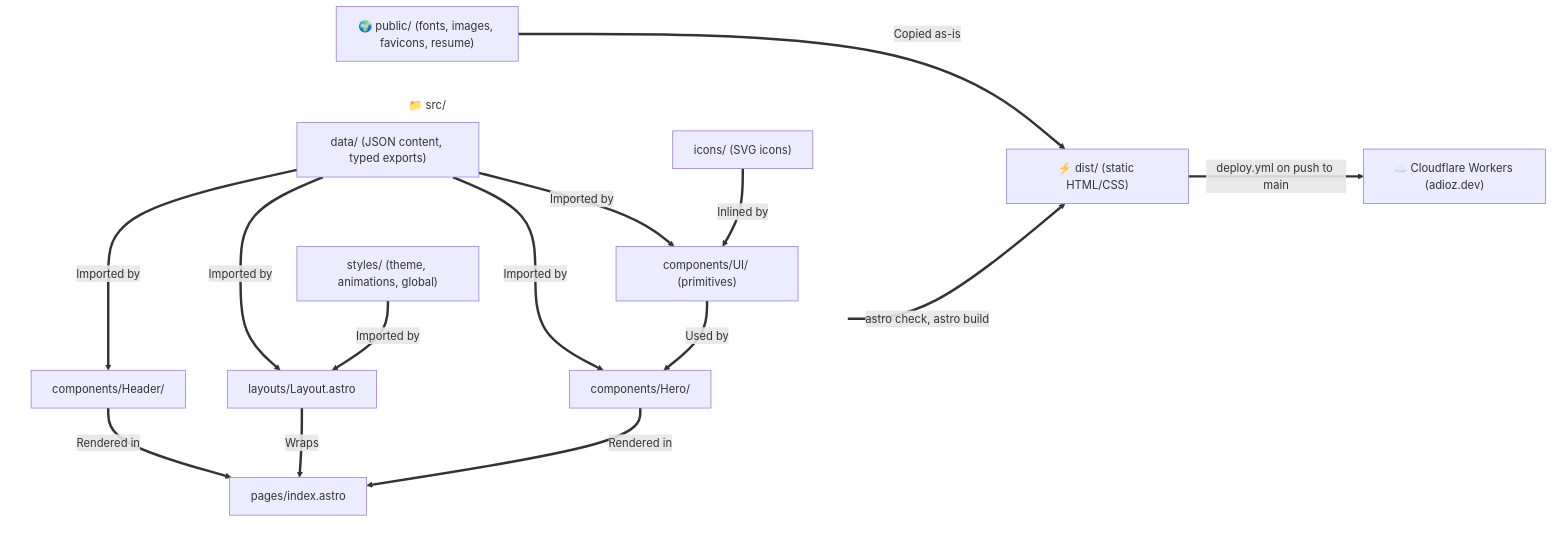
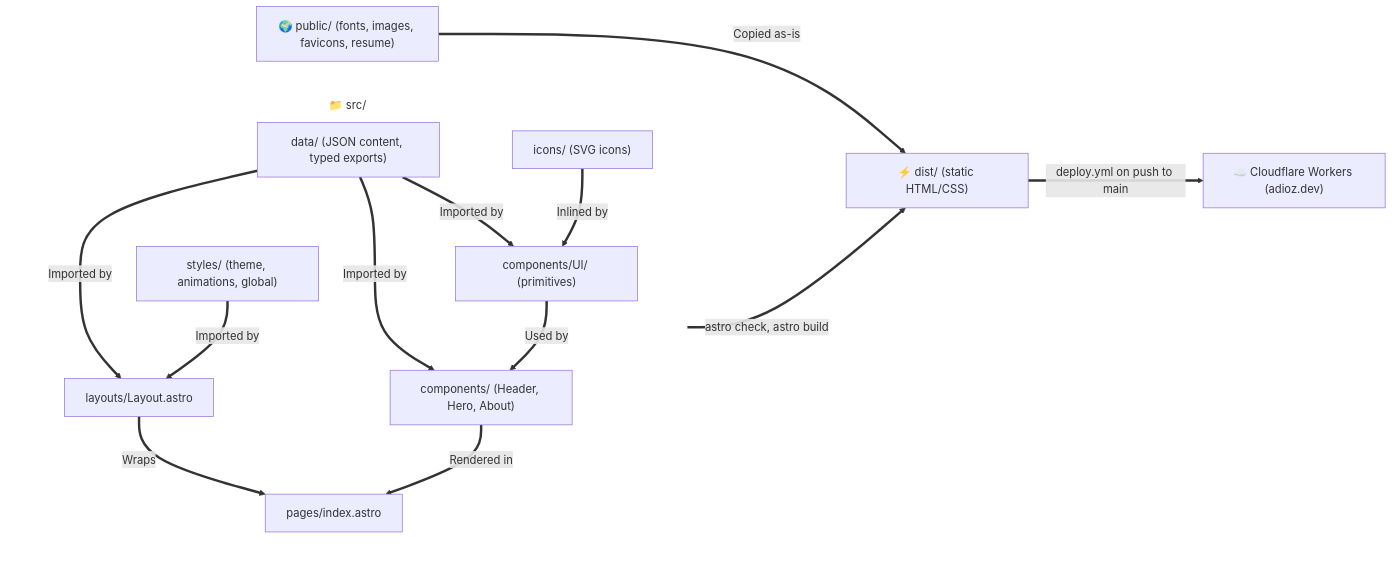
The diagram in docs/architecture.md (adiozeshitemi/adioz-profile), drawn with Mermaid before and after one commit. The commit also changed other lines of this file and 1 other file, not shown here.

First line of the commit message:
docs: document the about section and numbered sections

````diff
--- a/docs/architecture.md
+++ b/docs/architecture.md
@@ -9,34 +9,31 @@
 ```mermaid
 flowchart LR
     %% Define invisible styling for subgraphs to remove backgrounds and borders
     classDef transparent fill:none,stroke:none;
 
     subgraph Src ["📁 src/"]
         direction TB
         Data["data/ (JSON content, typed exports)"]
         Styles["styles/ (theme, animations, global)"]
         Icons["icons/ (SVG icons)"]
-        Header["components/Header/"]
+        UI["components/UI/ (primitives)"]
+        Sections["components/ (Header, Hero, About)"]
         Layout["layouts/Layout.astro"]
-        UI["components/UI/ (primitives)"]
-        Hero["components/Hero/"]
         Page["pages/index.astro"]
     end
 
-    Data ==>|Imported by| Header
+    Icons ==>|Inlined by| UI
+    Data ==>|Imported by| UI
+    Data ==>|Imported by| Sections
+    UI ==>|Used by| Sections
     Data ==>|Imported by| Layout
     Styles ==>|Imported by| Layout
-    Data ==>|Imported by| UI
-    Icons ==>|Inlined by| UI
-    Data ==>|Imported by| Hero
-    UI ==>|Used by| Hero
-    Header ==>|Rendered in| Page
+    Sections ==>|Rendered in| Page
     Layout ==>|Wraps| Page
-    Hero ==>|Rendered in| Page
     Page ==>|astro check, astro build| Dist["⚡ dist/ (static HTML/CSS)"]
     Public["🌍 public/ (fonts, images, favicons, resume)"] ==>|Copied as-is| Dist
     Dist ==>|deploy.yml on push to main| Workers["☁️ Cloudflare Workers (adioz.dev)"]
 
     %% Apply transparent class to subgraphs
     class Src transparent;
 ```
````
